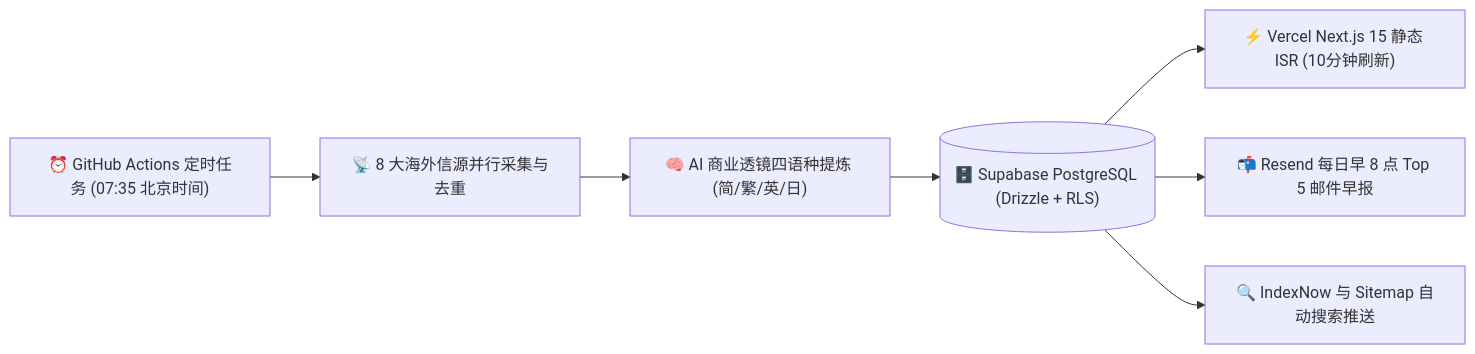
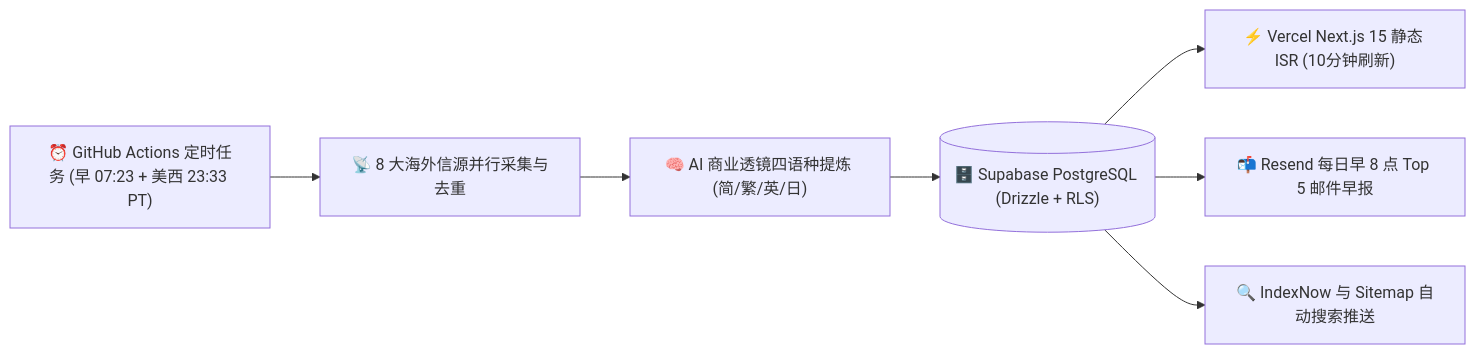
The diagram in README.zh-CN.md (wuyexiong/ai-founder-radar), drawn with Mermaid before and after one commit. The commit also changed other lines of this file and 5 other files, not shown here.

````diff
--- a/README.zh-CN.md
+++ b/README.zh-CN.md
@@ -66,9 +66,9 @@
 ```mermaid
 flowchart LR
-  Cron["⏰ GitHub Actions 定时任务 (07:35 北京时间)"] --> Collectors["📡 8 大海外信源并行采集与去重"]
+  Cron["⏰ GitHub Actions 定时任务 (早 07:23 + 美西 23:33 PT)"] --> Collectors["📡 8 大海外信源并行采集与去重"]
   Collectors --> Distiller["🧠 AI 商业透镜四语种提炼 (简/繁/英/日)"]
   Distiller --> DB[("🗄️ Supabase PostgreSQL (Drizzle + RLS)")]
   DB --> Web["⚡ Vercel Next.js 15 静态 ISR (10分钟刷新)"]
   DB --> Digest["📬 Resend 每日早 8 点 Top 5 邮件早报"]
   DB --> SEO["🔍 IndexNow 与 Sitemap 自动搜索推送"]
 ```
````
